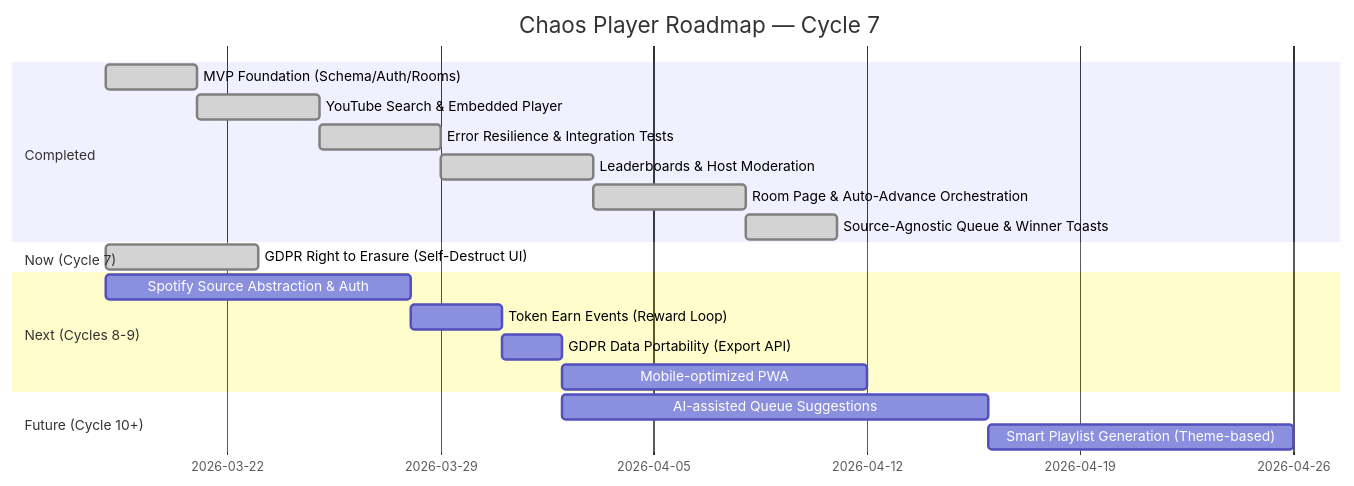
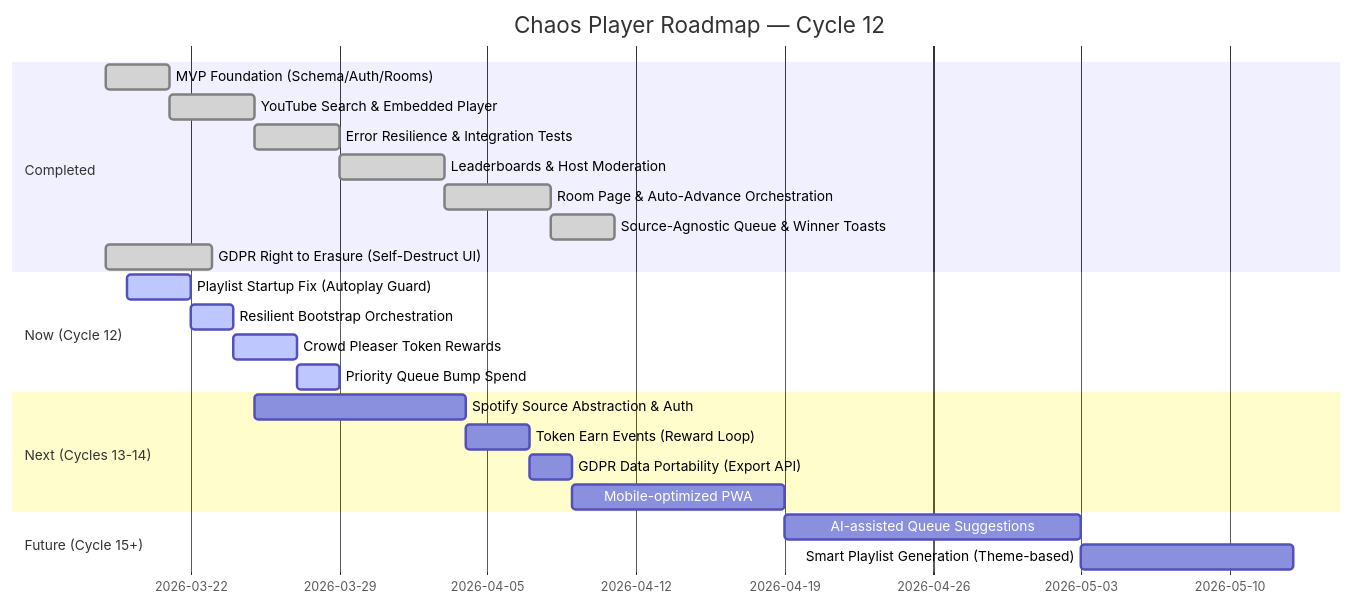
The diagram in ROADMAP.md (akozma89/chaos-player), drawn with Mermaid before and after one commit. The commit also changed 18 other files, not shown here.

Commit message:
feat(queue): implement reliable playlist bootstrap guard and unified playback logic

````diff
--- a/ROADMAP.md
+++ b/ROADMAP.md
@@ -3,26 +3,30 @@
 ```mermaid
 gantt
-  title Chaos Player Roadmap — Cycle 7
+  title Chaos Player Roadmap — Cycle 12
   dateFormat YYYY-MM-DD
 
   section Completed
     MVP Foundation (Schema/Auth/Rooms)          :done, c1, 2026-03-18, 3d
     YouTube Search & Embedded Player            :done, c2, after c1, 4d
     Error Resilience & Integration Tests        :done, c3, after c2, 4d
     Leaderboards & Host Moderation              :done, c4, after c3, 5d
     Room Page & Auto-Advance Orchestration      :done, c5, after c4, 5d
     Source-Agnostic Queue & Winner Toasts       :done, c6, after c5, 3d
-
-  section Now (Cycle 7)
     GDPR Right to Erasure (Self-Destruct UI)    :done, c7, 2026-03-18, 5d
 
-  section Next (Cycles 8-9)
-    Spotify Source Abstraction & Auth           :next1, 2026-03-18, 10d
+  section Now (Cycle 12)
+    Playlist Startup Fix (Autoplay Guard)       :active, c12-1, 2026-03-19, 3d
+    Resilient Bootstrap Orchestration           :active, c12-2, after c12-1, 2d
+    Crowd Pleaser Token Rewards                 :active, c12-3, after c12-2, 3d
+    Priority Queue Bump Spend                   :active, c12-4, after c12-3, 2d
+
+  section Next (Cycles 13-14)
+    Spotify Source Abstraction & Auth           :next1, 2026-03-25, 10d
     Token Earn Events (Reward Loop)             :next2, after next1, 3d
     GDPR Data Portability (Export API)          :next3, after next2, 2d
     Mobile-optimized PWA                        :next4, after next3, 10d
 
-  section Future (Cycle 10+)
-    AI-assisted Queue Suggestions               :future1, after next3, 14d
+  section Future (Cycle 15+)
+    AI-assisted Queue Suggestions               :future1, after next4, 14d
     Smart Playlist Generation (Theme-based)     :future2, after future1, 10d
 ```
````
